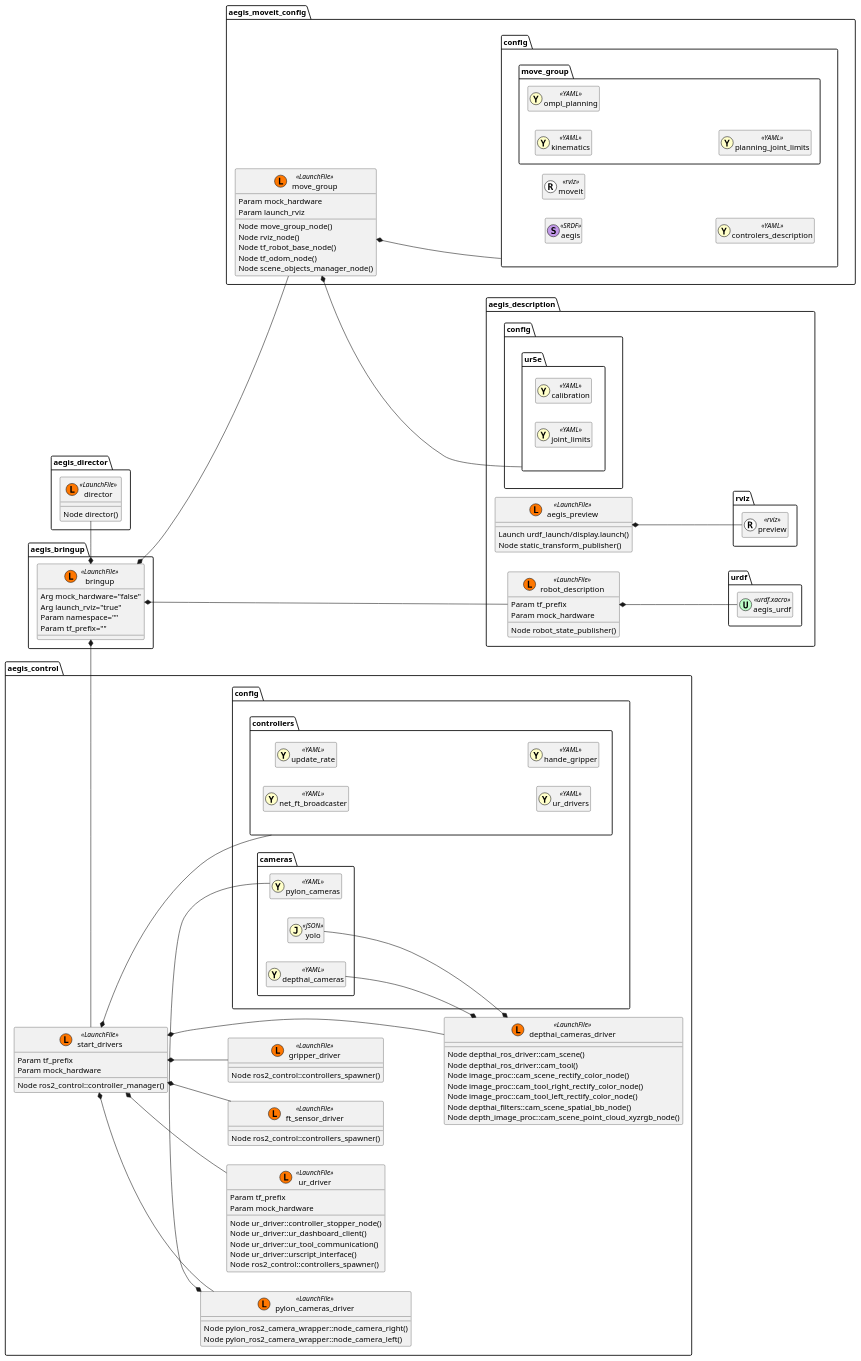
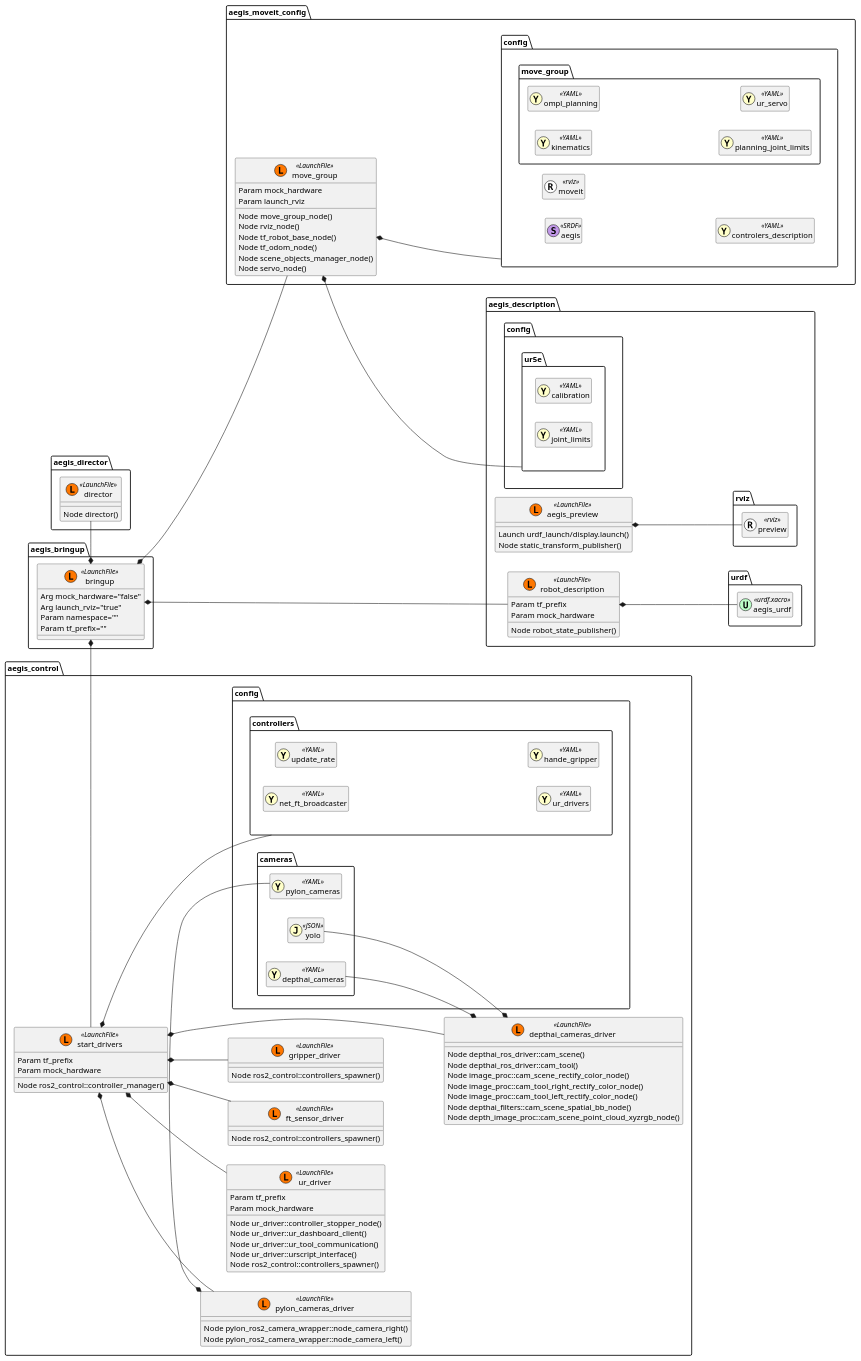
Before and after one commit to AGH-CEAI/aegis_ros: the diagram in aegis_bringup/docs/launch_diagram.plantuml, drawn with PlantUML. The commit also changed 1 other file, not shown here.

Commit message:
CHG: updated launch diagram

```diff
--- a/aegis_bringup/docs/launch_diagram.plantuml
+++ b/aegis_bringup/docs/launch_diagram.plantuml
@@ -1,146 +1,148 @@
 @startuml
 left to right direction
 package aegis_bringup {
     class bringup << (L,#FF7700) LaunchFile >> {
         Arg mock_hardware="false"
         Arg launch_rviz="true"
         Param namespace=""
         Param tf_prefix=""
     }
 }
 
 package aegis_director {
     class director << (L,#FF7700) LaunchFile >> {
         Node director()
     }
 }
 
 package aegis_control {
     class start_drivers << (L,#FF7700) LaunchFile >> {
         Param tf_prefix
         Param mock_hardware
         Node ros2_control::controller_manager()
     }
     class ur_driver << (L,#FF7700) LaunchFile >> {
         Param tf_prefix
         Param mock_hardware
         Node ur_driver::controller_stopper_node()
         Node ur_driver::ur_dashboard_client()
         Node ur_driver::ur_tool_communication()
         Node ur_driver::urscript_interface()
         Node ros2_control::controllers_spawner()
     }
     class ft_sensor_driver << (L,#FF7700) LaunchFile >> {
         Node ros2_control::controllers_spawner()
     }
     class gripper_driver << (L,#FF7700) LaunchFile >> {
         Node ros2_control::controllers_spawner()
     }
     class depthai_cameras_driver << (L,#FF7700) LaunchFile >> {
         Node depthai_ros_driver::cam_scene()
         Node depthai_ros_driver::cam_tool()
         Node image_proc::cam_scene_rectify_color_node()
         Node image_proc::cam_tool_right_rectify_color_node()
         Node image_proc::cam_tool_left_rectify_color_node()
         Node depthai_filters::cam_scene_spatial_bb_node()
         Node depth_image_proc::cam_scene_point_cloud_xyzrgb_node()
     }
     class pylon_cameras_driver << (L,#FF7700) LaunchFile >> {
         Node pylon_ros2_camera_wrapper::node_camera_right()
         Node pylon_ros2_camera_wrapper::node_camera_left()
     }
 
     package config {
         package controllers {
             class net_ft_broadcaster << (Y,#ffffc9) YAML >> {}
             class update_rate << (Y,#ffffc9) YAML >> {}
             class ur_drivers << (Y,#ffffc9) YAML >> {}
             class hande_gripper << (Y,#ffffc9) YAML >> {}
         }
         package cameras {
             class depthai_cameras << (Y,#ffffc9) YAML >> {}
             class pylon_cameras << (Y,#ffffc9) YAML >> {}
             class yolo << (J,#ffffc9) JSON >> {}
         }
     }
 }
 
 package aegis_description {
     class aegis_preview << (L,#FF7700) LaunchFile >> {
         Launch urdf_launch/display.launch()
         Node static_transform_publisher()
     }
 
     class robot_description << (L,#FF7700) LaunchFile >> {
         Param tf_prefix
         Param mock_hardware
         Node robot_state_publisher()
     }
 
     package config {
         package ur5e {
             class calibration << (Y,#ffffc9) YAML >> {}
             class joint_limits << (Y,#ffffc9) YAML >> {}
         }
     }
 
     package urdf {
         class aegis_urdf << (U,#bcffc8) urdf.xacro >> {}
     }
 
     package rviz {
         class preview << (R,#ffffff) rviz >> {}
     }
 }
 
 package aegis_moveit_config {
     class move_group << (L,#FF7700) LaunchFile >> {
         Param mock_hardware
         Param launch_rviz
         Node move_group_node()
         Node rviz_node()
         Node tf_robot_base_node()
         Node tf_odom_node()
         Node scene_objects_manager_node()
+        Node servo_node()
     }
     package config {
         class aegis << (S,#c298e9) SRDF >> {}
         package move_group {
             class kinematics << (Y,#ffffc9) YAML >> {}
             class ompl_planning << (Y,#ffffc9) YAML >> {}
             class planning_joint_limits << (Y,#ffffc9) YAML >> {}
+            class ur_servo << (Y,#ffffc9) YAML >> {}
         }
         class moveit << (R,#ffffff) rviz >> {}
         class controlers_description << (Y,#ffffc9) YAML >> {}
     }
 }
 
 
 aegis_bringup.bringup *-left- aegis_control.start_drivers
 aegis_bringup.bringup *-left- aegis_director.director
 aegis_bringup.bringup *-- aegis_moveit_config.move_group
 aegis_bringup.bringup *-- aegis_description.robot_description
 aegis_description.robot_description *-- aegis_description.urdf.aegis_urdf
 
 aegis_control.start_drivers *-- aegis_control.ur_driver
 aegis_control.start_drivers *-- aegis_control.ft_sensor_driver
 aegis_control.start_drivers *-- aegis_control.gripper_driver
 aegis_control.start_drivers *-- aegis_control.depthai_cameras_driver
 aegis_control.start_drivers *-- aegis_control.pylon_cameras_driver
 aegis_control.start_drivers *-- aegis_control.config.controllers
 aegis_control.depthai_cameras_driver *-up- aegis_control.config.cameras.depthai_cameras
 aegis_control.depthai_cameras_driver *-up- aegis_control.config.cameras.yolo
 aegis_control.pylon_cameras_driver *-left- aegis_control.config.cameras.pylon_cameras
 
 aegis_moveit_config.move_group *-- aegis_moveit_config.config
 aegis_moveit_config.move_group *-- aegis_description.config.ur5e
 
 aegis_description.aegis_preview *-- aegis_description.rviz.preview
 
 skinparam classAttributeIconSize 0
 hide << YAML >> members
 hide << urdf.xacro >> members
 hide << SRDF >> members
 hide << rviz >> members
 hide << JSON >> members
 @enduml
```
